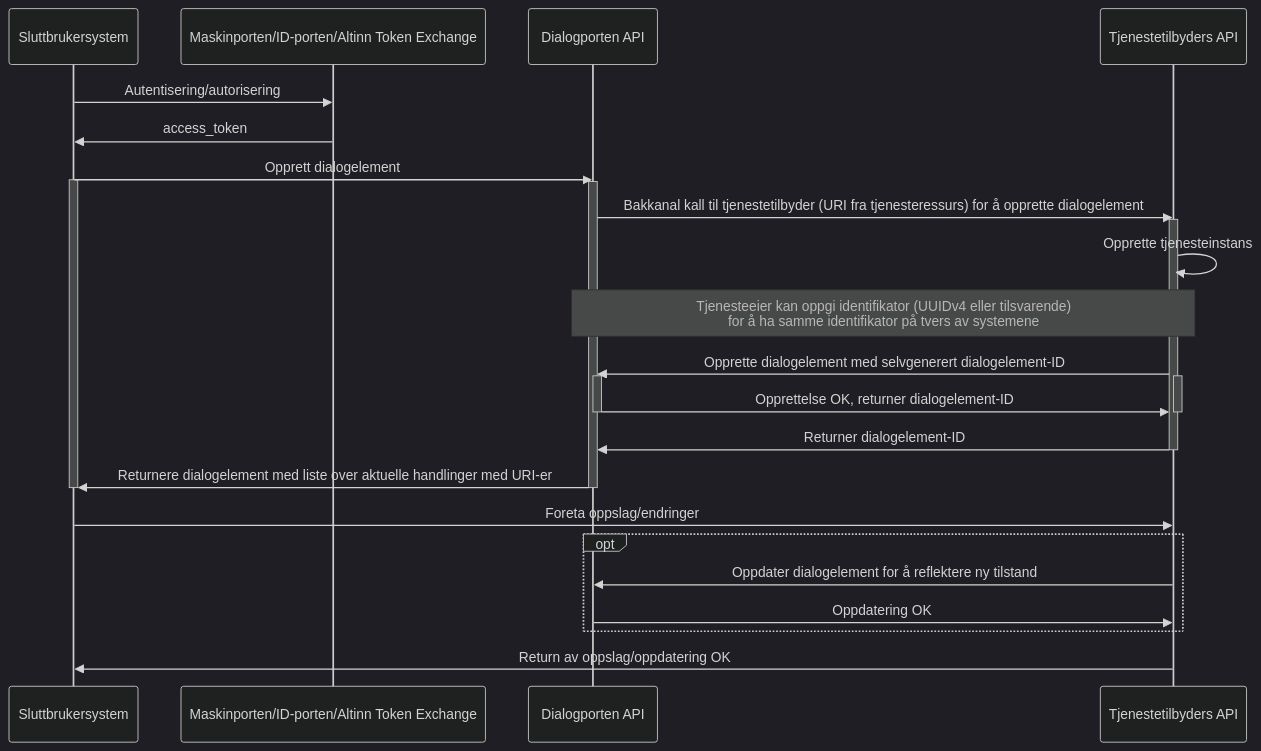
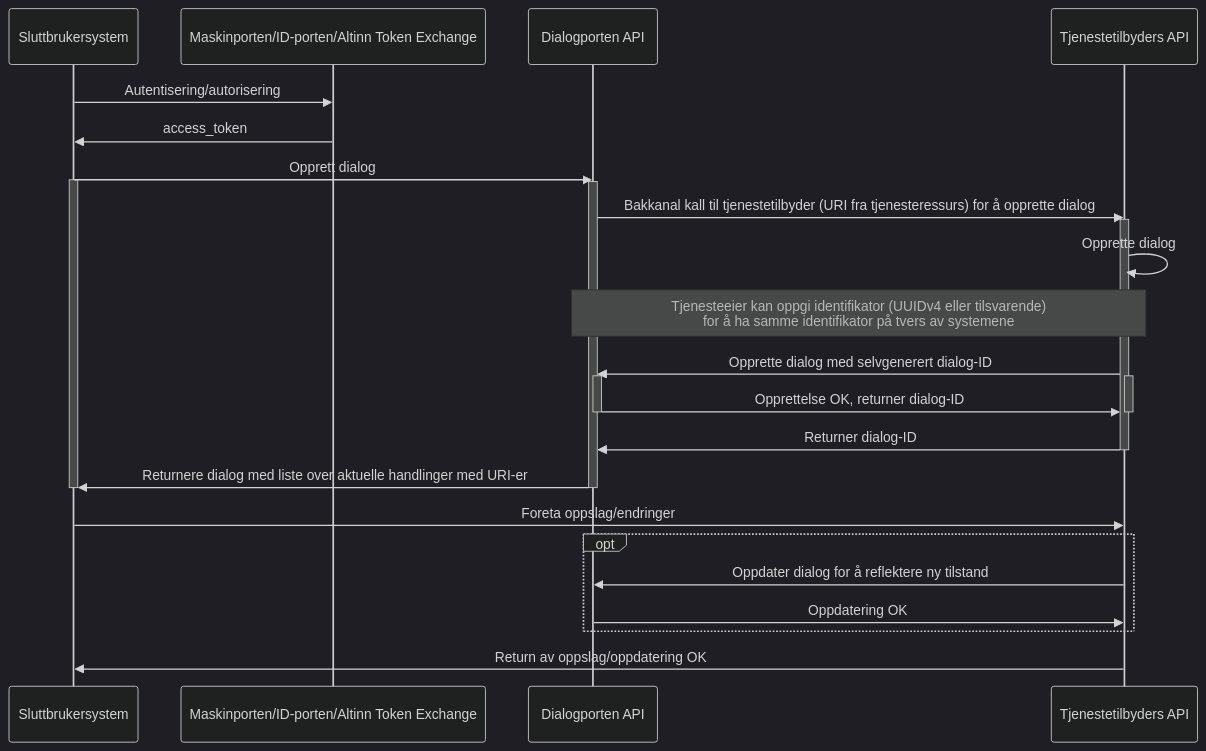
One commit to elsand/elsand.github.io changed the fifth of 6 diagrams in dialogporten.md. Above: the diagram before and after it, drawn with Mermaid (dark theme). The commit also changed other lines of this file and 7 other files, not shown here.

````diff
--- a/dialogporten.md
+++ b/dialogporten.md
@@ -455,34 +455,34 @@
 ```mermaid!
 sequenceDiagram
     participant SBS as Sluttbrukersystem
     participant EID as Maskinporten/ID-porten/Altinn Token Exchange
     participant API as Dialogporten API
     participant TEAPI as Tjenestetilbyders API
 SBS->>EID: Autentisering/autorisering
 EID->>SBS: access_token
-SBS->>API: Opprett dialogelement
+SBS->>API: Opprett dialog
 activate SBS
 activate API
-API->>TEAPI: Bakkanal kall til tjenestetilbyder (URI fra tjenesteressurs) for å opprette dialogelement
+API->>TEAPI: Bakkanal kall til tjenestetilbyder (URI fra tjenesteressurs) for å opprette dialog
 activate TEAPI
-TEAPI->>TEAPI: Opprette tjenesteinstans
+TEAPI->>TEAPI: Opprette dialog
 note over API,TEAPI: Tjenesteeier kan oppgi identifikator (UUIDv4 eller tilsvarende)<br>for å ha samme identifikator på tvers av systemene
-TEAPI->>API: Opprette dialogelement med selvgenerert dialogelement-ID
+TEAPI->>API: Opprette dialog med selvgenerert dialog-ID
 activate TEAPI
 activate API
-API->>TEAPI: Opprettelse OK, returner dialogelement-ID
+API->>TEAPI: Opprettelse OK, returner dialog-ID
 deactivate TEAPI
 deactivate API
-TEAPI->>API: Returner dialogelement-ID
+TEAPI->>API: Returner dialog-ID
 deactivate TEAPI
-API->>SBS: Returnere dialogelement med liste over aktuelle handlinger med URI-er
+API->>SBS: Returnere dialog med liste over aktuelle handlinger med URI-er
 deactivate API
 deactivate SBS
 SBS->>TEAPI: Foreta oppslag/endringer
 opt
-    TEAPI->>API: Oppdater dialogelement for å reflektere ny tilstand
+    TEAPI->>API: Oppdater dialog for å reflektere ny tilstand
     API->>TEAPI: Oppdatering OK
 end
 TEAPI->>SBS: Return av oppslag/oppdatering OK
 
 ```
````
